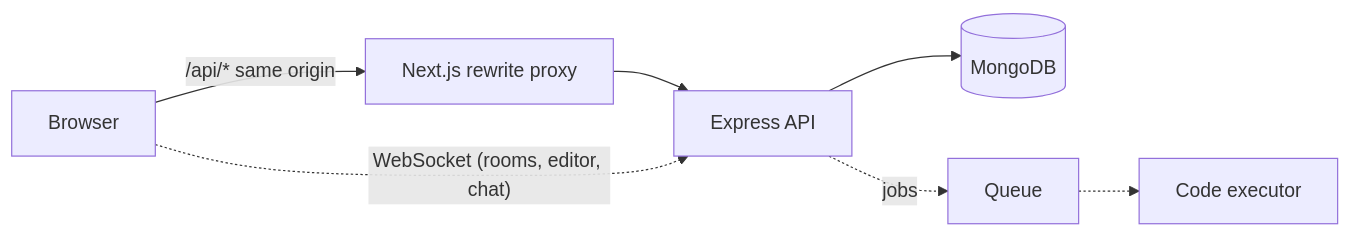
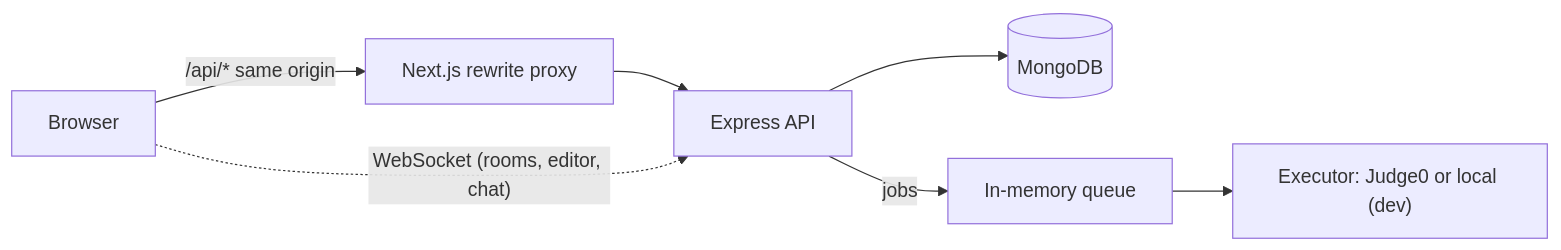
One commit to aryankd123/Z_Coder changed the diagram in README.md. Above: the diagram before and after it, drawn with Mermaid. The commit also changed other lines of this file, not shown here.

Commit message:
docs(readme): code execution, its env vars and the executor in the diagram

````diff
--- a/README.md
+++ b/README.md
@@ -14,7 +15,7 @@
 ```mermaid
 flowchart LR
   B[Browser] -- "/api/* same origin" --> N[Next.js rewrite proxy] --> A[Express API]
   B -. "WebSocket (rooms, editor, chat)" .-> A
   A --> M[(MongoDB)]
-  A -. "jobs" .-> Q[Queue] -.-> X[Code executor]
+  A -- "jobs" --> Q[In-memory queue] --> X["Executor: Judge0 or local (dev)"]
 ```
````
